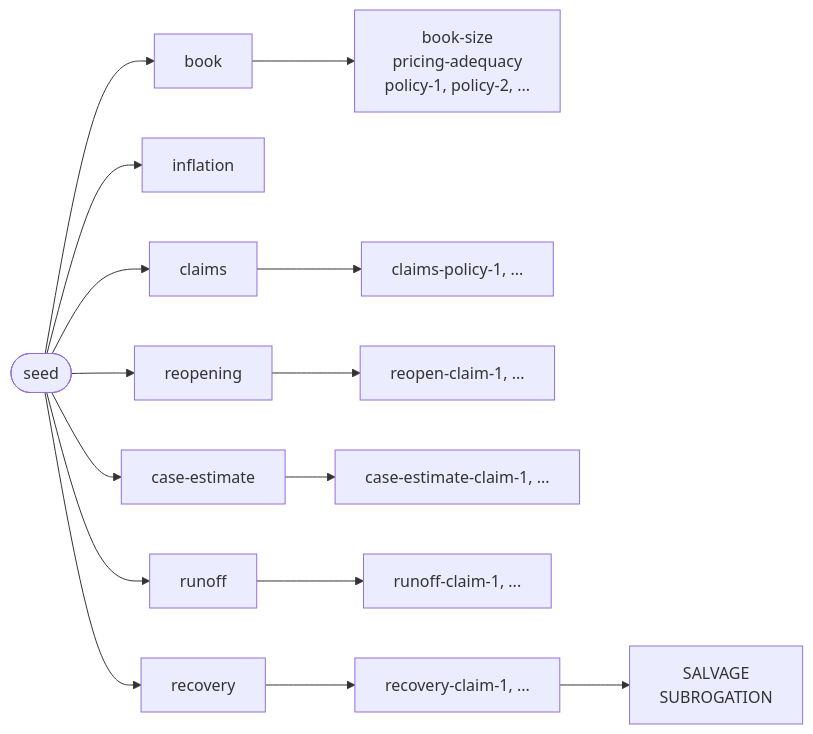
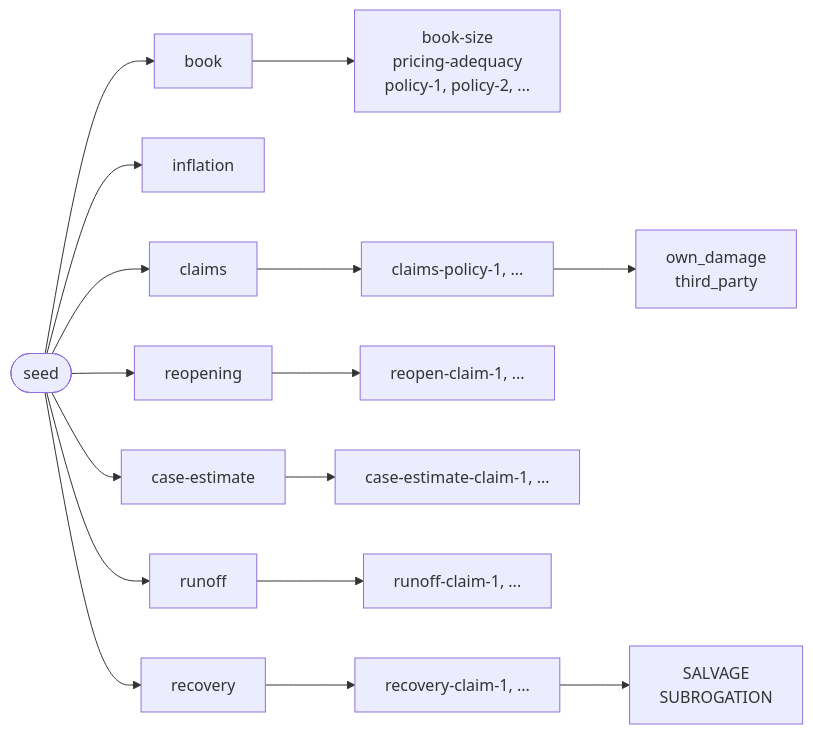
Before and after one commit to le-marais/claims-data-generator: the eighth of 10 diagrams in README.md, drawn with Mermaid. The commit also changed other lines of this file and 36 other files, not shown here.

````diff
--- a/README.md
+++ b/README.md
@@ -273,26 +273,27 @@
 ```mermaid
 %%{init: {"flowchart": {"wrappingWidth": 480}}}%%
 flowchart LR
     seed(["seed"])
     book["book"]
     bookStreams["book-size<br/>pricing-adequacy<br/>policy-1, policy-2, ..."]
     inflation["inflation"]
     claims["claims"]
     claimStreams["claims-policy-1, ..."]
+    sectionStreams["own_damage<br/>third_party"]
     reopening["reopening"]
     reopenStreams["reopen-claim-1, ..."]
     caseEstimate["case-estimate"]
     caseStreams["case-estimate-claim-1, ..."]
     runoff["runoff"]
     runoffStreams["runoff-claim-1, ..."]
     recovery["recovery"]
     recoveryStreams["recovery-claim-1, ..."]
     recoveryKinds["SALVAGE<br/>SUBROGATION"]
     seed --> book --> bookStreams
     seed --> inflation
-    seed --> claims --> claimStreams
+    seed --> claims --> claimStreams --> sectionStreams
     seed --> reopening --> reopenStreams
     seed --> caseEstimate --> caseStreams
     seed --> runoff --> runoffStreams
     seed --> recovery --> recoveryStreams --> recoveryKinds
 ```
````
